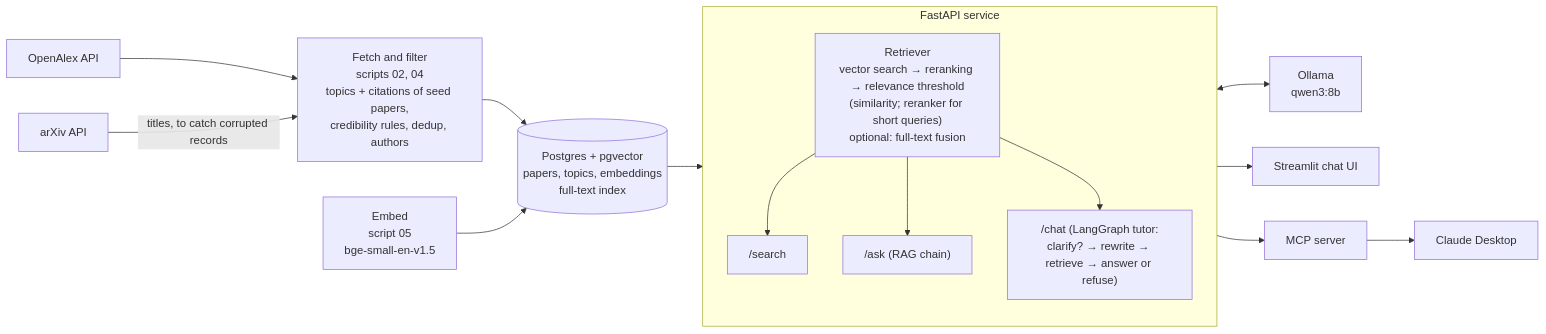
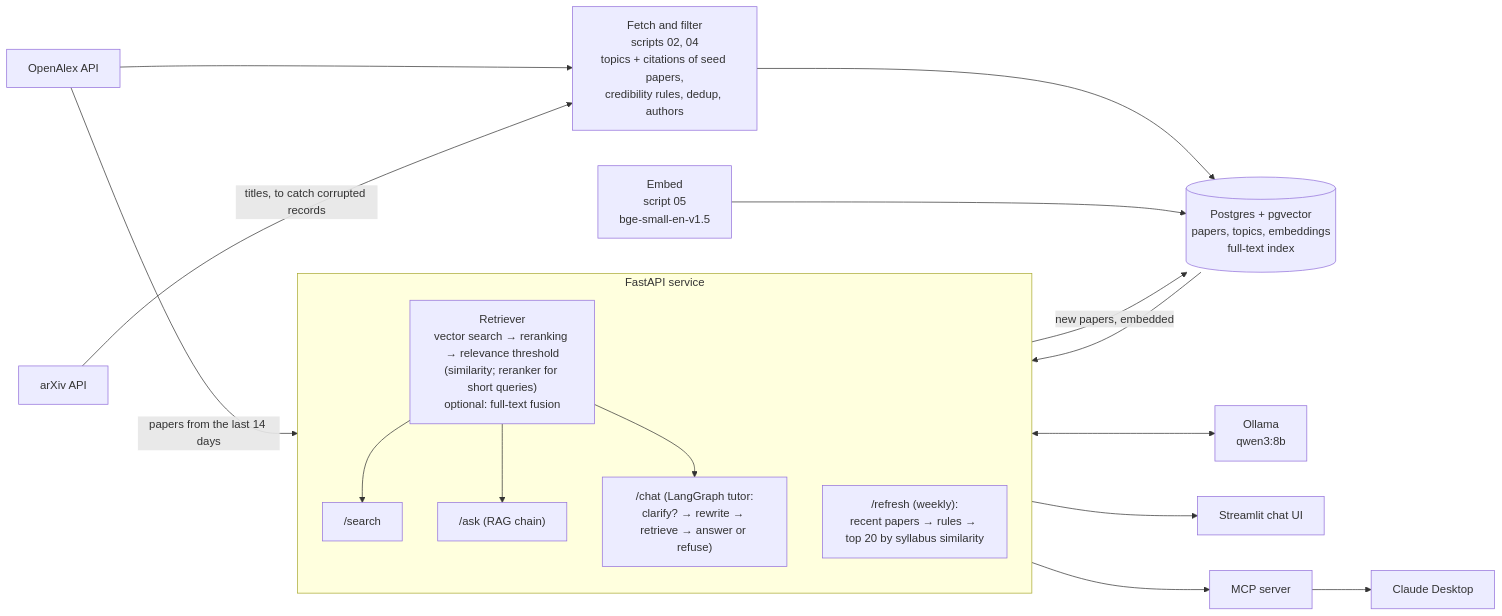
The diagram in README.md (AymenFeki/paper-tutor), drawn with Mermaid before and after one commit. The commit also changed other lines of this file and 14 other files, not shown here.

Commit message:
Add weekly refresh: trusted preprint servers, top-20 syllabus ranking, POST /refresh

````diff
--- a/README.md
+++ b/README.md
@@ -20,24 +21,28 @@
 ```mermaid
 flowchart LR
     OA[OpenAlex API] --> FETCH["Fetch and filter<br/>scripts 02, 04<br/>topics + citations of seed papers,<br/>credibility rules, dedup, authors"]
     AX[arXiv API] -->|titles, to catch corrupted records| FETCH
     FETCH --> DB[("Postgres + pgvector<br/>papers, topics, embeddings<br/>full-text index")]
     EMB["Embed<br/>script 05<br/>bge-small-en-v1.5"] --> DB
 
     subgraph API["FastAPI service"]
         direction TB
         RET["Retriever<br/>vector search → reranking → relevance threshold<br/>(similarity; reranker for short queries)<br/>optional: full-text fusion"]
         SEARCH["/search"]
         ASK["/ask (RAG chain)"]
         CHAT["/chat (LangGraph tutor:<br/>clarify? → rewrite → retrieve → answer or refuse)"]
+        REFRESH["/refresh (weekly):<br/>recent papers → rules → top 20 by syllabus similarity"]
         RET --> SEARCH
         RET --> ASK
         RET --> CHAT
     end
+
+    OA -->|papers from the last 14 days| REFRESH
+    REFRESH -->|new papers, embedded| DB
 
     DB --> API
     API <--> LLM["Ollama<br/>qwen3:8b"]
     API --> UI["Streamlit chat UI"]
     API --> MCP["MCP server"]
     MCP --> CD["Claude Desktop"]
 ```
````
